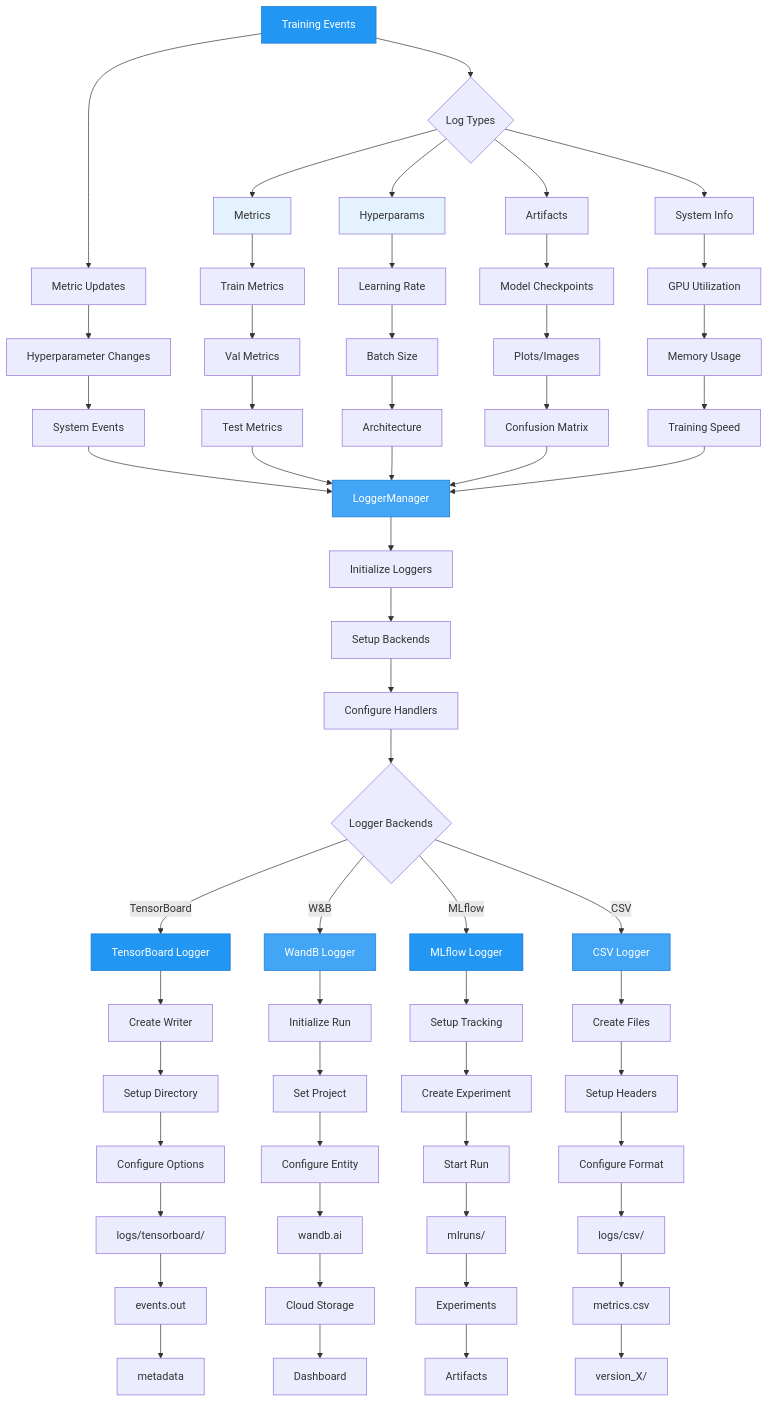
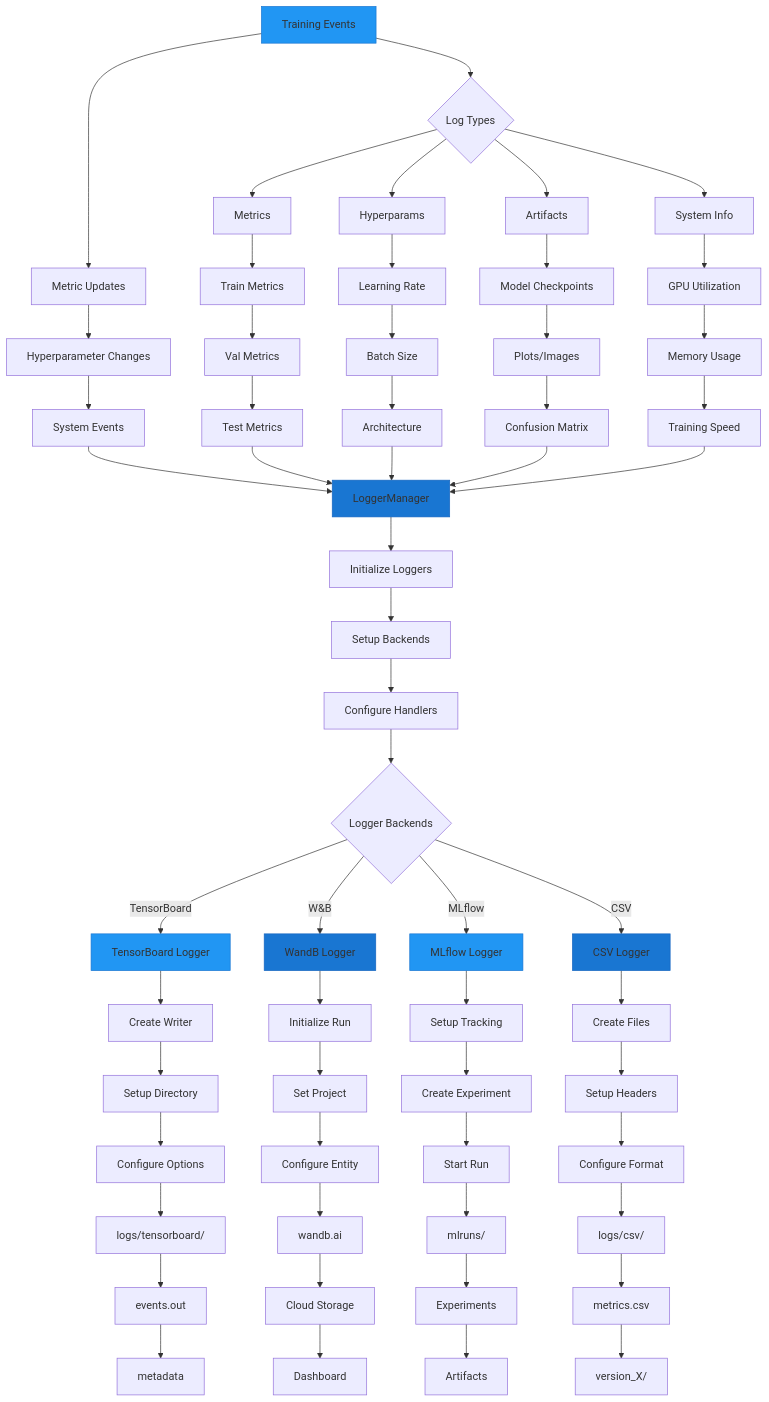
The diagram in docs/user-guide/guides/logging.md (theja-vanka/AutoTimm), drawn with Mermaid before and after one commit. The commit also changed 37 other files, not shown here.

````diff
--- a/docs/user-guide/guides/logging.md
+++ b/docs/user-guide/guides/logging.md
@@ -79,12 +79,10 @@
     G3c --> B
     G4c --> B
     
-    style A fill:#2196F3,stroke:#1976D2,color:#fff
-    style B fill:#42A5F5,stroke:#1976D2,color:#fff
-    style D1 fill:#2196F3,stroke:#1976D2,color:#fff
-    style D2 fill:#42A5F5,stroke:#1976D2,color:#fff
-    style D3 fill:#2196F3,stroke:#1976D2,color:#fff
-    style D4 fill:#42A5F5,stroke:#1976D2,color:#fff
-    style G1 fill:#E3F2FD
-    style G2 fill:#E3F2FD
+    style A fill:#2196F3,stroke:#1976D2
+    style B fill:#1976D2,stroke:#1565C0
+    style D1 fill:#2196F3,stroke:#1976D2
+    style D2 fill:#1976D2,stroke:#1565C0
+    style D3 fill:#2196F3,stroke:#1976D2
+    style D4 fill:#1976D2,stroke:#1565C0
 ```
````
